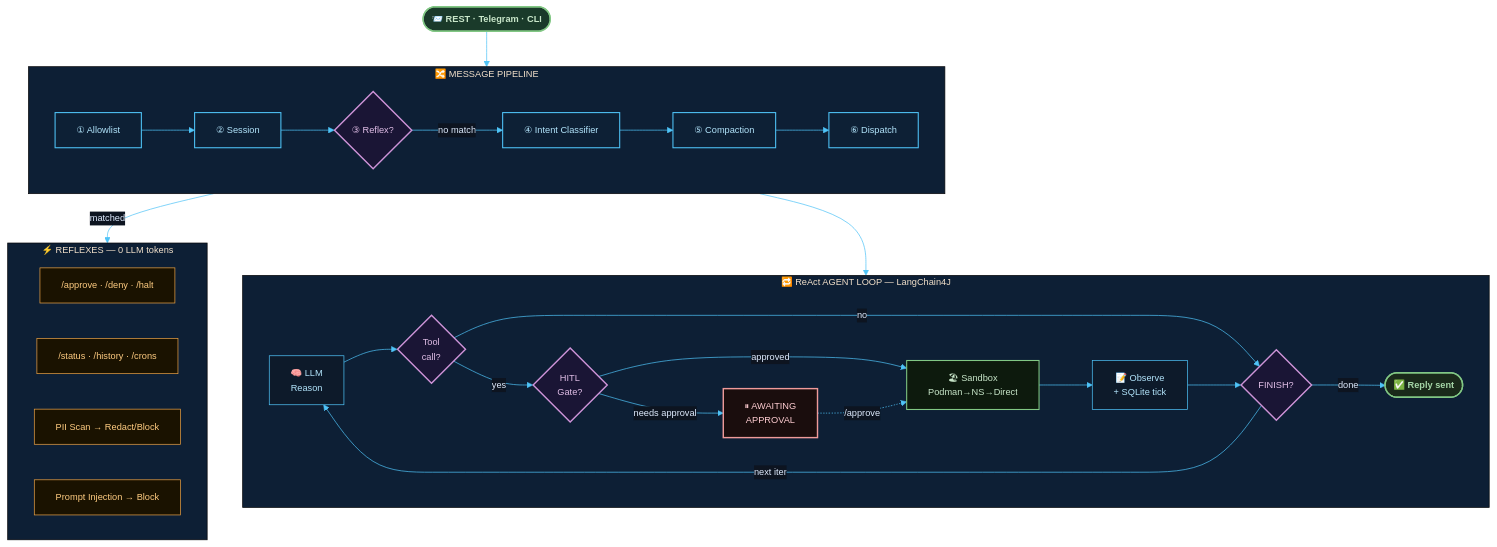
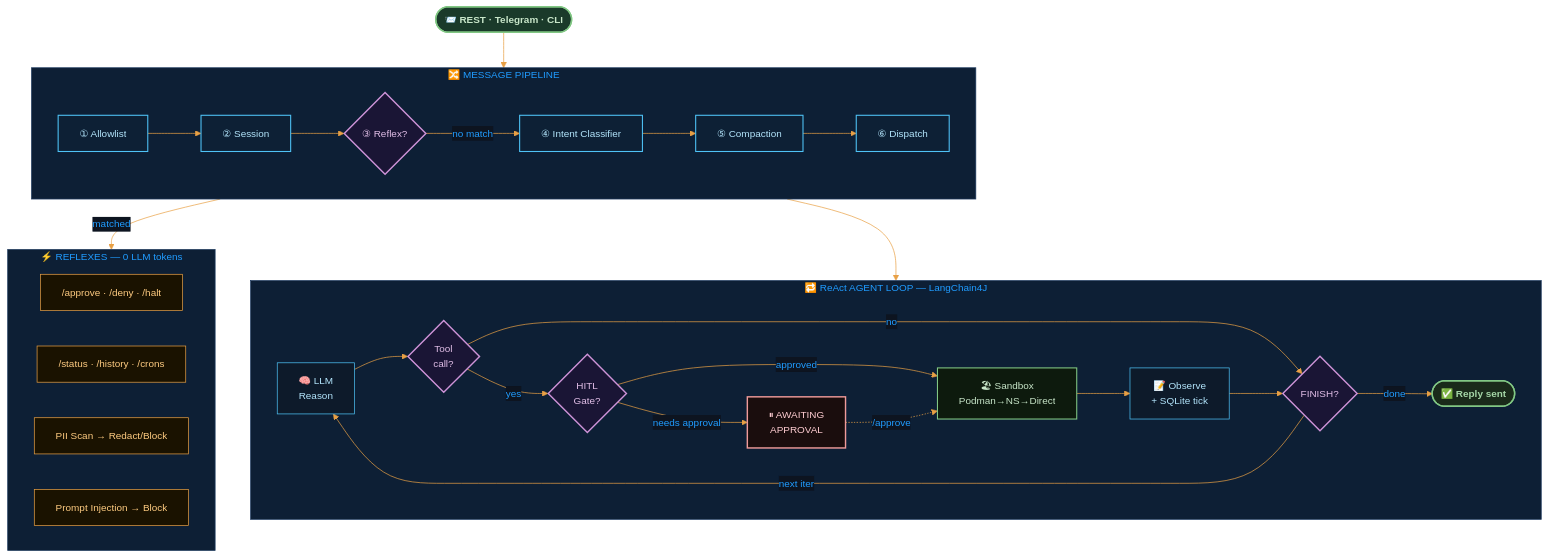
Before and after one commit to rsrini7/AmshaAgent: the first of 8 diagrams in README.md, drawn with Mermaid. The commit also changed other lines of this file, not shown here.

First line of the commit message:
docs: update mermaid diagram themes and improve consistency

````diff
--- a/README.md
+++ b/README.md
@@ -68,60 +68,60 @@
 ```mermaid
-%%{init: {'theme': 'base', 'themeVariables': {'background': '#0d1420', 'mainBkg': '#0d1420', 'primaryColor': '#1e3a5f', 'primaryTextColor': '#e0ecff', 'primaryBorderColor': '#4fc3f7', 'lineColor': '#4fc3f7', 'secondaryColor': '#122030', 'tertiaryColor': '#0d1f35', 'activationBorderColor': '#4fc3f7', 'activationBkgColor': '#1e3a5f', 'actorBkg': '#1e3a5f', 'actorBorder': '#4fc3f7', 'actorTextColor': '#e0ecff', 'actorLineColor': '#4fc3f7', 'signalColor': '#e8a045', 'signalTextColor': '#e8a045', 'labelBoxBkgColor': '#0d2035', 'labelBoxBorderColor': '#4fc3f7', 'labelTextColor': '#e0ecff', 'loopTextColor': '#e0ecff', 'noteBkgColor': '#1a2a0d', 'noteBorderColor': '#81c784', 'noteTextColor': '#c8e6c9', 'edgeLabelBackground': '#0d1420', 'fontSize': '13px'}}}%%
+%%{init: {'theme': 'base', 'themeVariables': {'background': '#0d1420', 'mainBkg': '#0d1420', 'primaryColor': '#1e3a5f', 'primaryTextColor': '#209cff', 'primaryBorderColor': '#4fc3f7', 'lineColor': '#e8a045', 'secondaryColor': '#0d1f35', 'tertiaryColor': '#0d1f35', 'clusterBkg': '#0d1f35', 'clusterBorder': '#1e3a5f', 'titleColor': '#209cff', 'edgeLabelBackground': '#0d1420', 'fontSize': '14px'}}}%%
 flowchart TD
     classDef entry fill:#1a3a2a,stroke:#81c784,stroke-width:2px,color:#c8e6c9,font-weight:bold
     classDef handler fill:#0d2035,stroke:#4fc3f7,stroke-width:1.5px,color:#b3e5fc
     classDef reflexOut fill:#1a1200,stroke:#e8a045,stroke-width:1px,color:#ffcc80
     classDef decision fill:#1a1535,stroke:#ce93d8,stroke-width:2px,color:#e1bee7
     classDef loop fill:#0d1a2a,stroke:#4fc3f7,stroke-width:1px,color:#b3e5fc
     classDef approval fill:#1a0d0d,stroke:#ef9a9a,stroke-width:2px,color:#ffcdd2
     classDef sandbox fill:#0d1a0d,stroke:#81c784,stroke-width:1.5px,color:#c8e6c9
     classDef result fill:#1a2a1a,stroke:#81c784,stroke-width:2px,color:#a5d6a7,font-weight:bold
 
     IN(["📨 REST · Telegram · CLI"]):::entry
 
     subgraph PIPELINE["🔀 MESSAGE PIPELINE"]
         direction LR
         P1["① Allowlist"]:::handler
         P2["② Session"]:::handler
         P3{"③ Reflex?"}:::decision
         P4["④ Intent Classifier"]:::handler
         P5["⑤ Compaction"]:::handler
         P6["⑥ Dispatch"]:::handler
     end
 
     subgraph REFLEXES["⚡ REFLEXES — 0 LLM tokens"]
         direction LR
         R1["/approve · /deny · /halt"]:::reflexOut
         R2["/status · /history · /crons"]:::reflexOut
         R3["PII Scan → Redact/Block"]:::reflexOut
         R4["Prompt Injection → Block"]:::reflexOut
     end
 
     subgraph REACT["🔁 ReAct AGENT LOOP — LangChain4J"]
         direction LR
         L1["🧠 LLM<br/>Reason"]:::loop
         L2{"Tool<br/>call?"}:::decision
         L3{"HITL<br/>Gate?"}:::decision
         L4["⏸ AWAITING<br/>APPROVAL"]:::approval
         L5["🏖 Sandbox<br/>Podman→NS→Direct"]:::sandbox
         L6["📝 Observe<br/>+ SQLite tick"]:::loop
         L7{"FINISH?"}:::decision
         L8(["✅ Reply sent"]):::result
     end
 
     IN --> PIPELINE
     P1 --> P2 --> P3
     P3 -->|"matched"| REFLEXES
     P3 -->|"no match"| P4 --> P5 --> P6
 
     P6 --> REACT
     L1 --> L2
     L2 -->|"no"| L7
     L2 -->|"yes"| L3
     L3 -->|"approved"| L5
     L3 -->|"needs approval"| L4
     L4 -.->|"/approve"| L5
     L5 --> L6 --> L7
     L7 -->|"next iter"| L1
     L7 -->|"done"| L8
 ```
````
